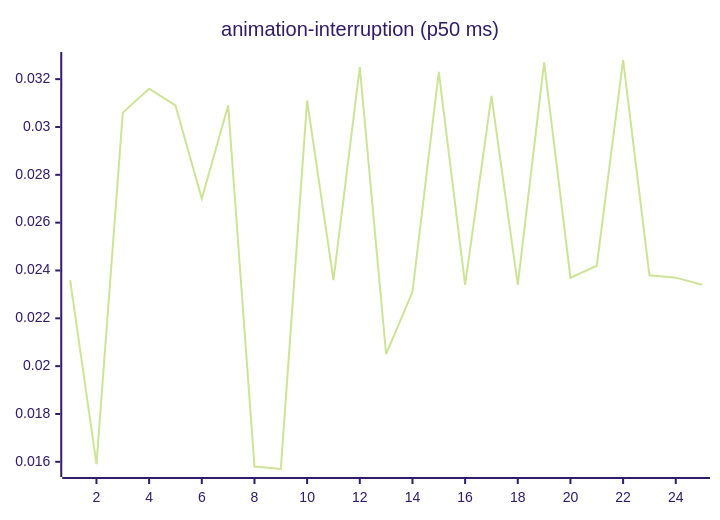
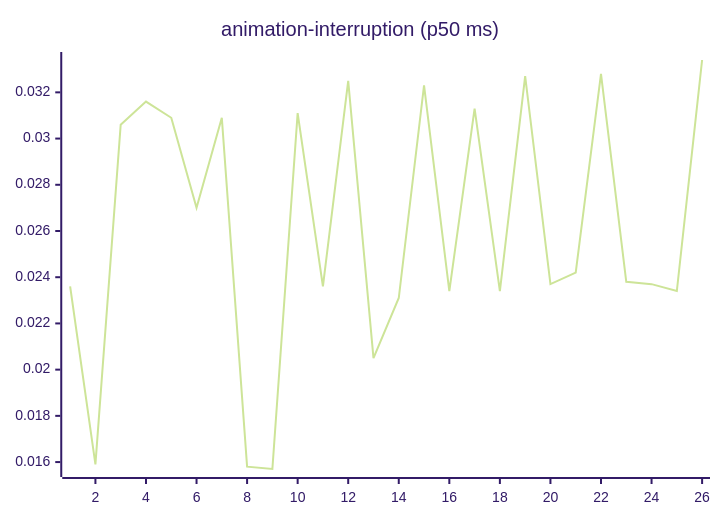
Before and after one commit to josha/Facet: the third of 27 diagrams in README.md, drawn with Mermaid (forest theme). The commit also changed other lines of this file and 2 other files, not shown here.

````diff
--- a/README.md
+++ b/README.md
@@ -77,6 +77,6 @@
 ```mermaid
 xychart-beta
     title "animation-interruption (p50 ms)"
-    x-axis 1 --> 25
-    line [0.0236, 0.0159, 0.0306, 0.0316, 0.0309, 0.0270, 0.0309, 0.0158, 0.0157, 0.0311, 0.0236, 0.0325, 0.0205, 0.0231, 0.0323, 0.0234, 0.0313, 0.0234, 0.0327, 0.0237, 0.0242, 0.0328, 0.0238, 0.0237, 0.0234]
+    x-axis 1 --> 26
+    line [0.0236, 0.0159, 0.0306, 0.0316, 0.0309, 0.0270, 0.0309, 0.0158, 0.0157, 0.0311, 0.0236, 0.0325, 0.0205, 0.0231, 0.0323, 0.0234, 0.0313, 0.0234, 0.0327, 0.0237, 0.0242, 0.0328, 0.0238, 0.0237, 0.0234, 0.0334]
 ```
````
